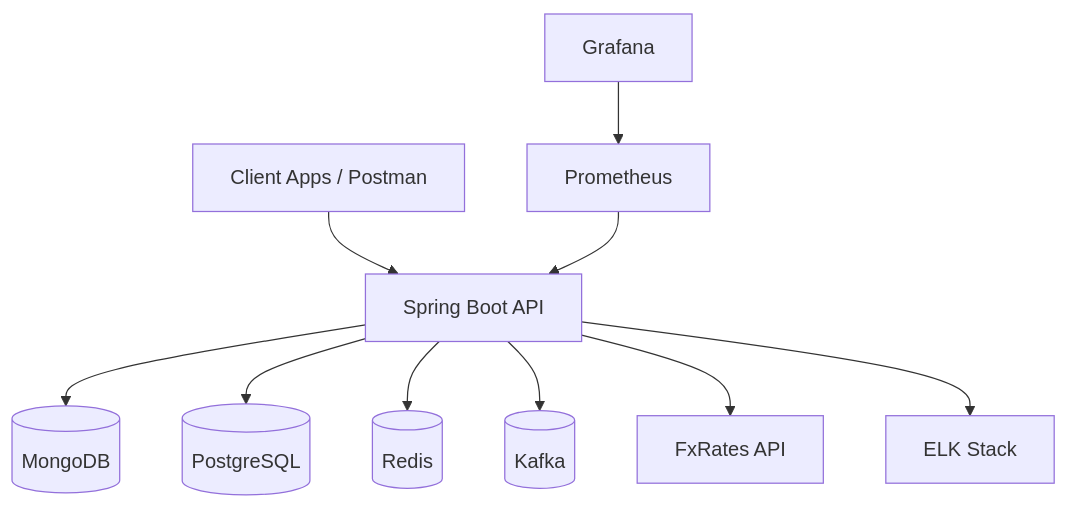
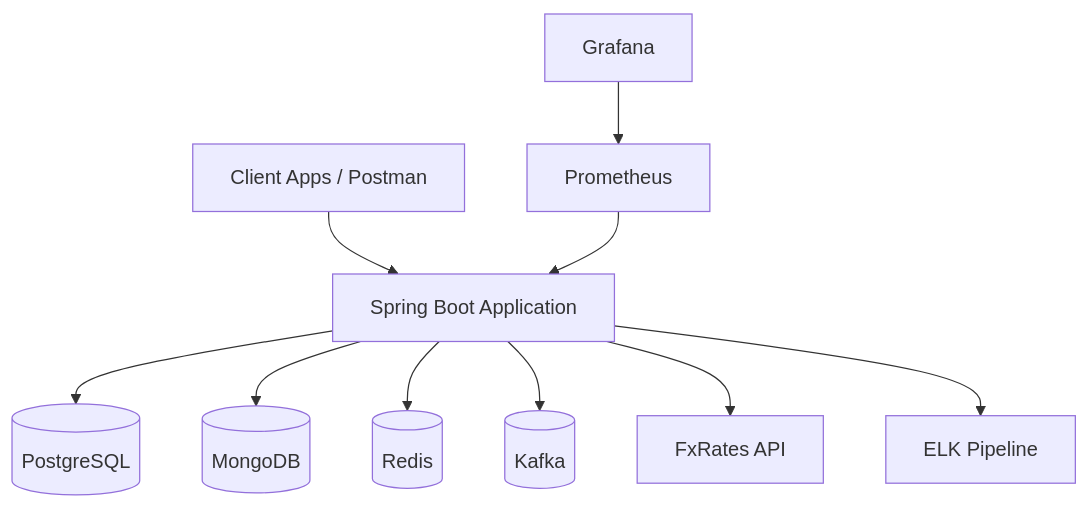
One commit to anubhavbagri/kirana-register changed the first of 8 diagrams in architecture.md. Above: the diagram before and after it, drawn with Mermaid. The commit also changed other lines of this file and 1 other file, not shown here.

````diff
--- a/architecture.md
+++ b/architecture.md
@@ -32,23 +66,23 @@
 ```mermaid
 flowchart TB
-    U[Client Apps / Postman]
-    S[Spring Boot API]
-    M[(MongoDB)]
-    P[(PostgreSQL)]
-    R[(Redis)]
-    K[(Kafka)]
+    Client[Client Apps / Postman]
+    API[Spring Boot Application]
+    PG[(PostgreSQL)]
+    MG[(MongoDB)]
+    RD[(Redis)]
+    KF[(Kafka)]
     FX[FxRates API]
-    PM[Prometheus]
-    GF[Grafana]
-    ELK[ELK Stack]
+    PR[Prometheus]
+    GR[Grafana]
+    ELK[ELK Pipeline]
 
-    U --> S
-    S --> M
-    S --> P
-    S --> R
-    S --> K
-    S --> FX
-    PM --> S
-    GF --> PM
-    S --> ELK
+    Client --> API
+    API --> PG
+    API --> MG
+    API --> RD
+    API --> KF
+    API --> FX
+    PR --> API
+    GR --> PR
+    API --> ELK
 ```
````
